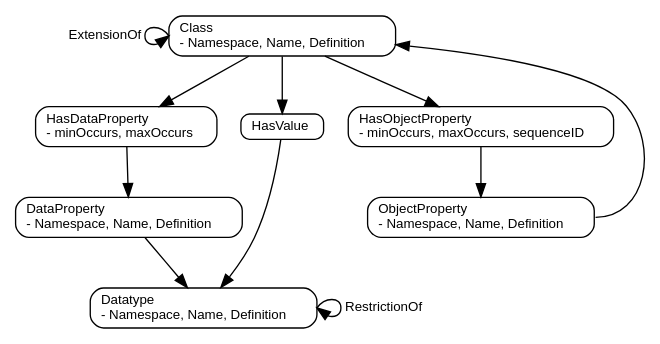
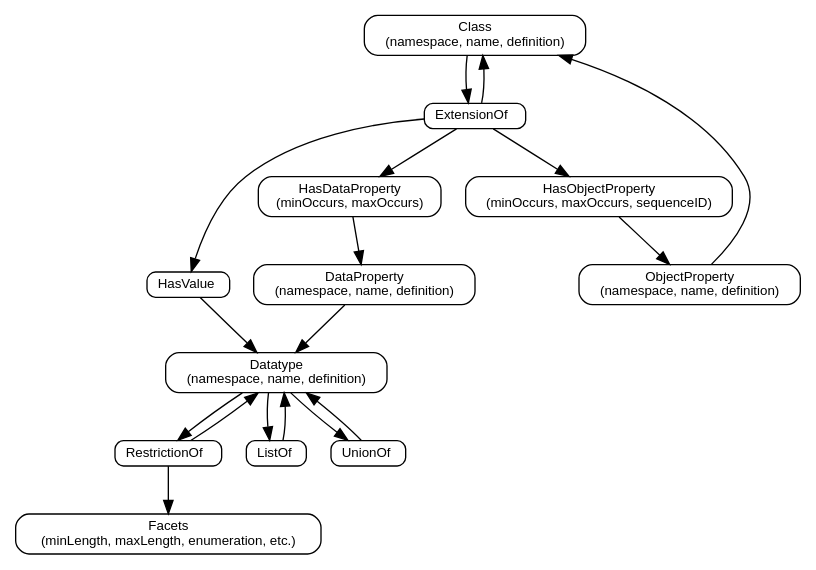
The diagram in metamodel-core.dot (webb/niem-metamodel), drawn with Graphviz before and after one commit.

Commit message:
Looks pretty good and is accurate.

```diff
--- a/metamodel-core.dot
+++ b/metamodel-core.dot
@@ -1,36 +1,45 @@
 digraph G {
+  layout = dot;
   edge [fontname = "Helvetica", fontsize = 10, dir = forward];
   node [fontname = "Helvetica", fontsize = 10, width = 0, height = 0, label="\N\l"];
   rankdir = TB;
 
-  node [shape=Mrecord];
+  node [shape=box, style=rounded];
   
-  Class [label="\N\l- Namespace, Name, Definition\l", rank = 1];
-  Class:w -> Class:w [label="ExtensionOf"];
-  Class -> { HasDataProperty HasObjectProperty HasValue };
+
+  Class [label="\N\n(namespace, name, definition)\n"];
+  ExtensionOf;
   
-  ObjectProperty [label="\N\l- Namespace, Name, Definition\l"];
-  ObjectProperty:e -> Class [weight=0];
+  Class -> ExtensionOf -> Class;
+  ExtensionOf -> { HasDataProperty HasObjectProperty HasValue };
+  
+  ObjectProperty [label="\N\n(namespace, name, definition)\n"];
+  ObjectProperty -> Class;
 
-  { rank = same; 
   HasValue;
-  HasObjectProperty [label="\N\l- minOccurs, maxOccurs, sequenceID\l"];
-  HasDataProperty [label="\N\l- minOccurs, maxOccurs\l"];
-  }
+  HasObjectProperty [label="\N\n(minOccurs, maxOccurs, sequenceID)\n"];
+  HasDataProperty [label="\N\n(minOccurs, maxOccurs)\n"];
+
   HasValue -> Datatype;
 
   HasObjectProperty -> ObjectProperty;
 
   HasDataProperty -> DataProperty;
 
   // data property ///////////////////////////////////////////////////////
 
-  DataProperty [label="\N\l- Namespace, Name, Definition\l"];
+  DataProperty [label="\N\n(namespace, name, definition)\n"];
   DataProperty -> Datatype;
-  Datatype:e -> Datatype:e [label="RestrictionOf"];
+
+  Datatype [label="\N\n(namespace, name, definition)\n"];
+  RestrictionOf;
+
+  Datatype -> RestrictionOf -> Datatype;
+  Datatype -> ListOf -> Datatype;
+  Datatype -> UnionOf -> Datatype;
+
+  Facets [label="\N\n(minLength, maxLength, enumeration, etc.)\n"];
+  RestrictionOf -> Facets
   
-  // datatype ///////////////////////////////////////////////////////
-
-  Datatype [label="\N\l- Namespace, Name, Definition\l"];
 
 }
```
